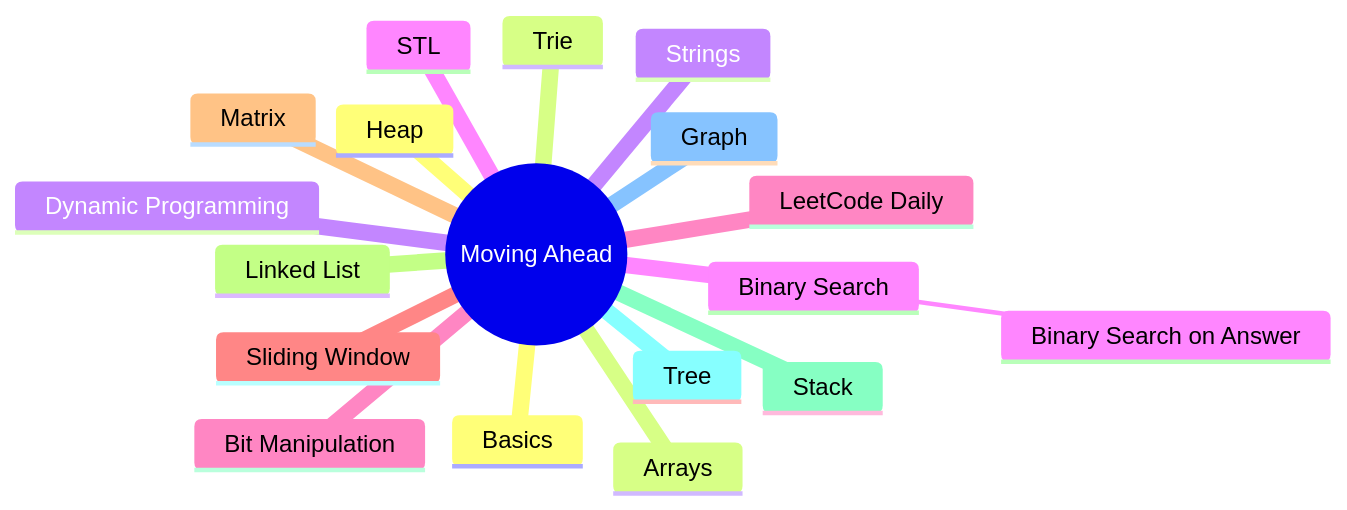
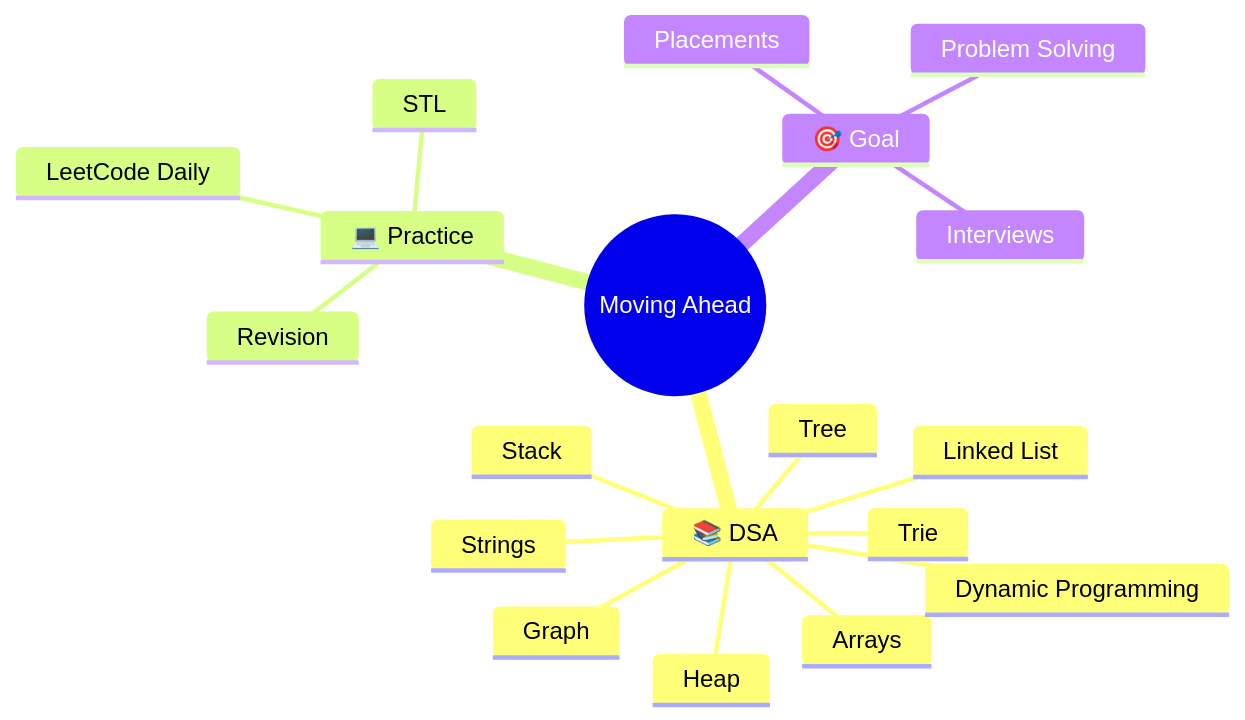
Before and after one commit to its-harshit22/Moving_ahead: the second of 3 diagrams in README.md, drawn with Mermaid. The commit also changed other lines of this file, not shown here.

````diff
--- a/README.md
+++ b/README.md
@@ -49,21 +50,25 @@
 ```mermaid
 mindmap
 root((Moving Ahead))
-    Basics
-    Arrays
-    Strings
-    Binary Search
-        Binary Search on Answer
-    Bit Manipulation
-    Sliding Window
-    Matrix
-    Linked List
-    Stack
-    Tree
-    Graph
-    Heap
-    Trie
-    Dynamic Programming
-    STL
-    LeetCode Daily
+
+    📚 DSA
+        Arrays
+        Strings
+        Linked List
+        Stack
+        Tree
+        Graph
+        Trie
+        Heap
+        Dynamic Programming
+
+    💻 Practice
+        LeetCode Daily
+        Revision
+        STL
+
+    🎯 Goal
+        Interviews
+        Placements
+        Problem Solving
 ```
````
